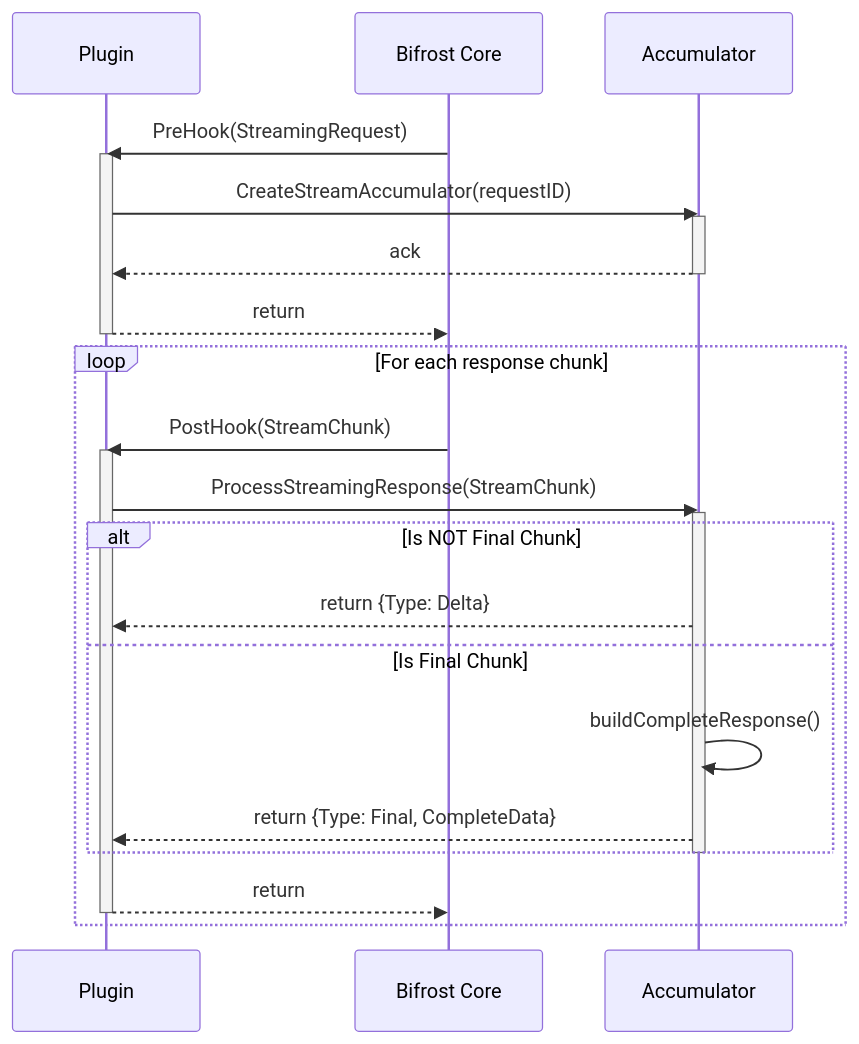
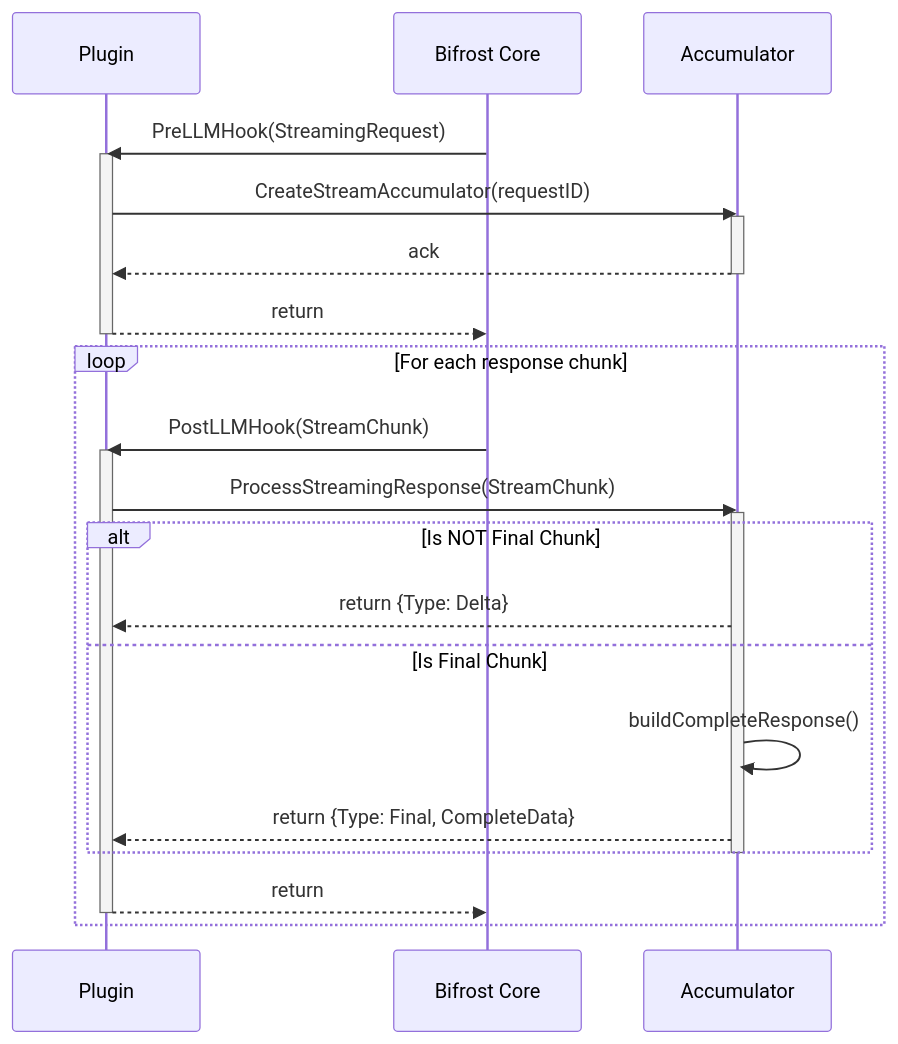
The diagram in docs/architecture/framework/streaming.mdx (sammcj/bifrost), drawn with Mermaid before and after one commit. The commit also changed other lines of this file and 156 other files, not shown here.

Commit message:
feat: plugin schema extensions for mcp plugins

````diff
--- a/docs/architecture/framework/streaming.mdx
+++ b/docs/architecture/framework/streaming.mdx
@@ -11,32 +11,32 @@
 ```mermaid
 sequenceDiagram
     participant Plugin
     participant BC as Bifrost Core
     participant Accumulator
 
-    BC->>Plugin: PreHook(StreamingRequest)
+    BC->>Plugin: PreLLMHook(StreamingRequest)
     activate Plugin
     Plugin->>Accumulator: CreateStreamAccumulator(requestID)
     activate Accumulator
     Accumulator-->>Plugin: ack
     deactivate Accumulator
     Plugin-->>BC: return
     deactivate Plugin
 
     loop For each response chunk
-        BC->>Plugin: PostHook(StreamChunk)
+        BC->>Plugin: PostLLMHook(StreamChunk)
         activate Plugin
         Plugin->>Accumulator: ProcessStreamingResponse(StreamChunk)
         activate Accumulator
         alt Is NOT Final Chunk
             Accumulator-->>Plugin: return {Type: Delta}
         else Is Final Chunk
             Accumulator->>Accumulator: buildCompleteResponse()
             Accumulator-->>Plugin: return {Type: Final, CompleteData}
         end
         deactivate Accumulator
         Plugin-->>BC: return
         deactivate Plugin
     end
 
 ```
````
